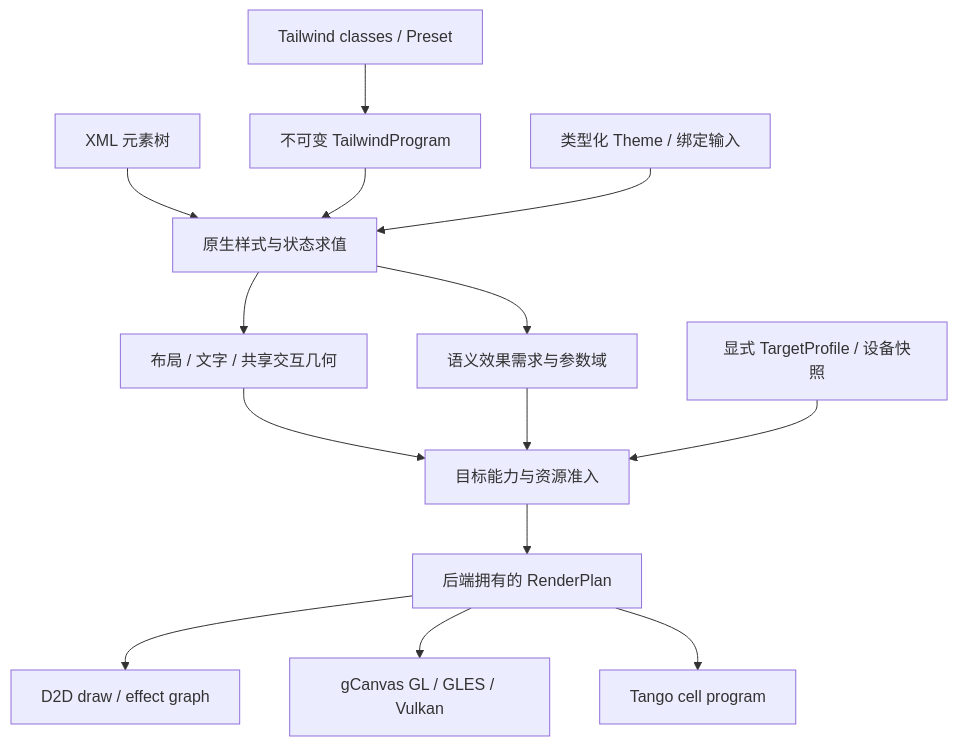
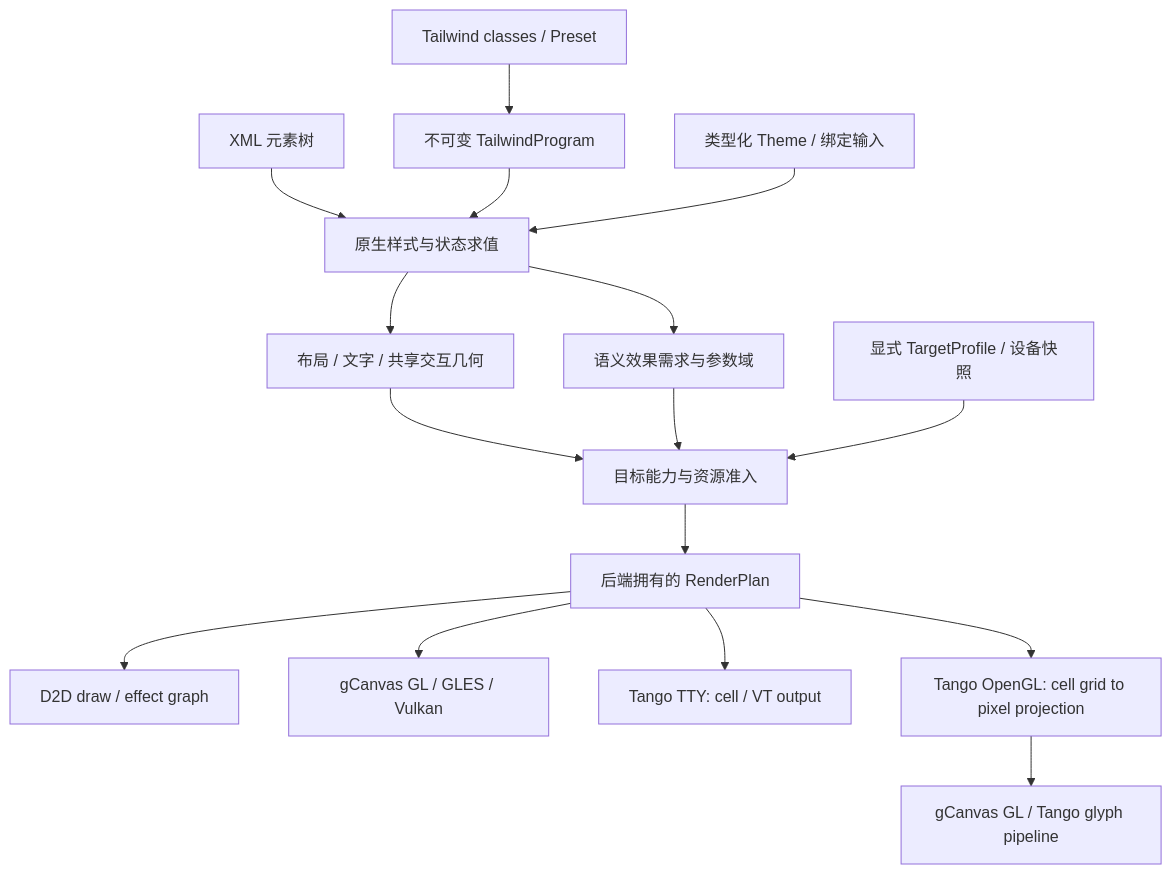
Before and after one commit to qigao/stun: the diagram in flexUI/docs/TAILWIND_NATIVE_BACKENDS_DESIGN.md, drawn with Mermaid. The commit also changed other lines of this file and 10 other files, not shown here.

First line of the commit message:
feat(tango): distinguish TTY and OpenGL presentation profiles

````diff
--- a/flexUI/docs/TAILWIND_NATIVE_BACKENDS_DESIGN.md
+++ b/flexUI/docs/TAILWIND_NATIVE_BACKENDS_DESIGN.md
@@ -40,16 +41,18 @@
 ```mermaid
 flowchart TD
     X["XML 元素树"] --> S["原生样式与状态求值"]
     T["Tailwind classes / Preset"] --> P["不可变 TailwindProgram"]
     P --> S
     H["类型化 Theme / 绑定输入"] --> S
     S --> L["布局 / 文字 / 共享交互几何"]
     S --> E["语义效果需求与参数域"]
     L --> A["目标能力与资源准入"]
     E --> A
     C["显式 TargetProfile / 设备快照"] --> A
     A --> R["后端拥有的 RenderPlan"]
     R --> D["D2D draw / effect graph"]
     R --> G["gCanvas GL / GLES / Vulkan"]
-    R --> U["Tango cell program"]
+    R --> U["Tango TTY: cell / VT output"]
+    R --> TU["Tango OpenGL: cell grid to pixel projection"]
+    TU --> TG["gCanvas GL / Tango glyph pipeline"]
 ```
````
